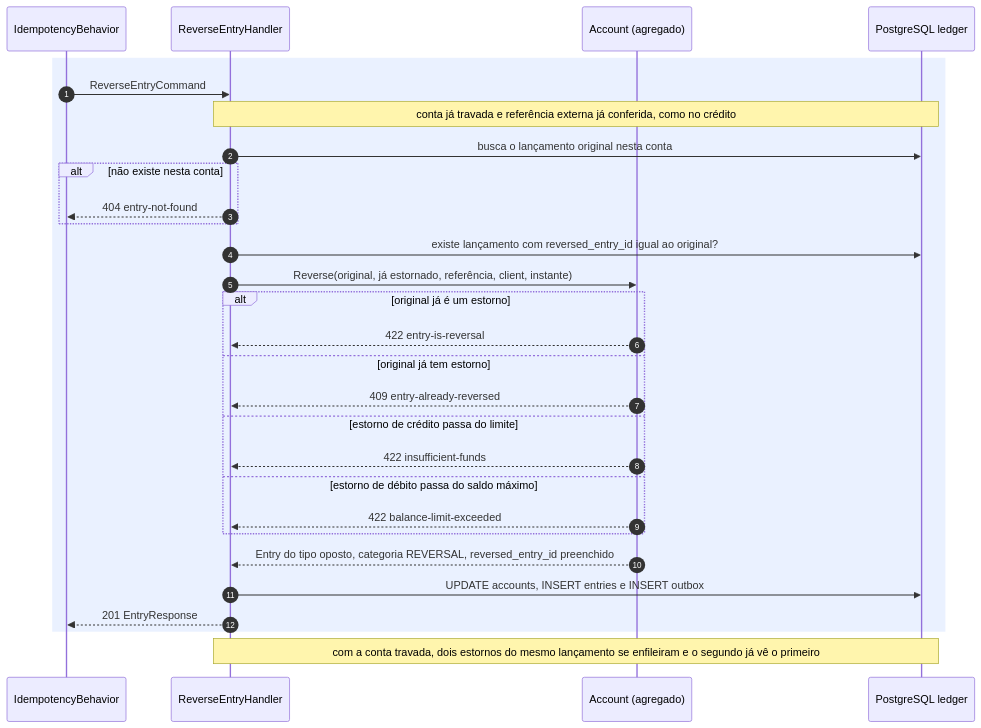
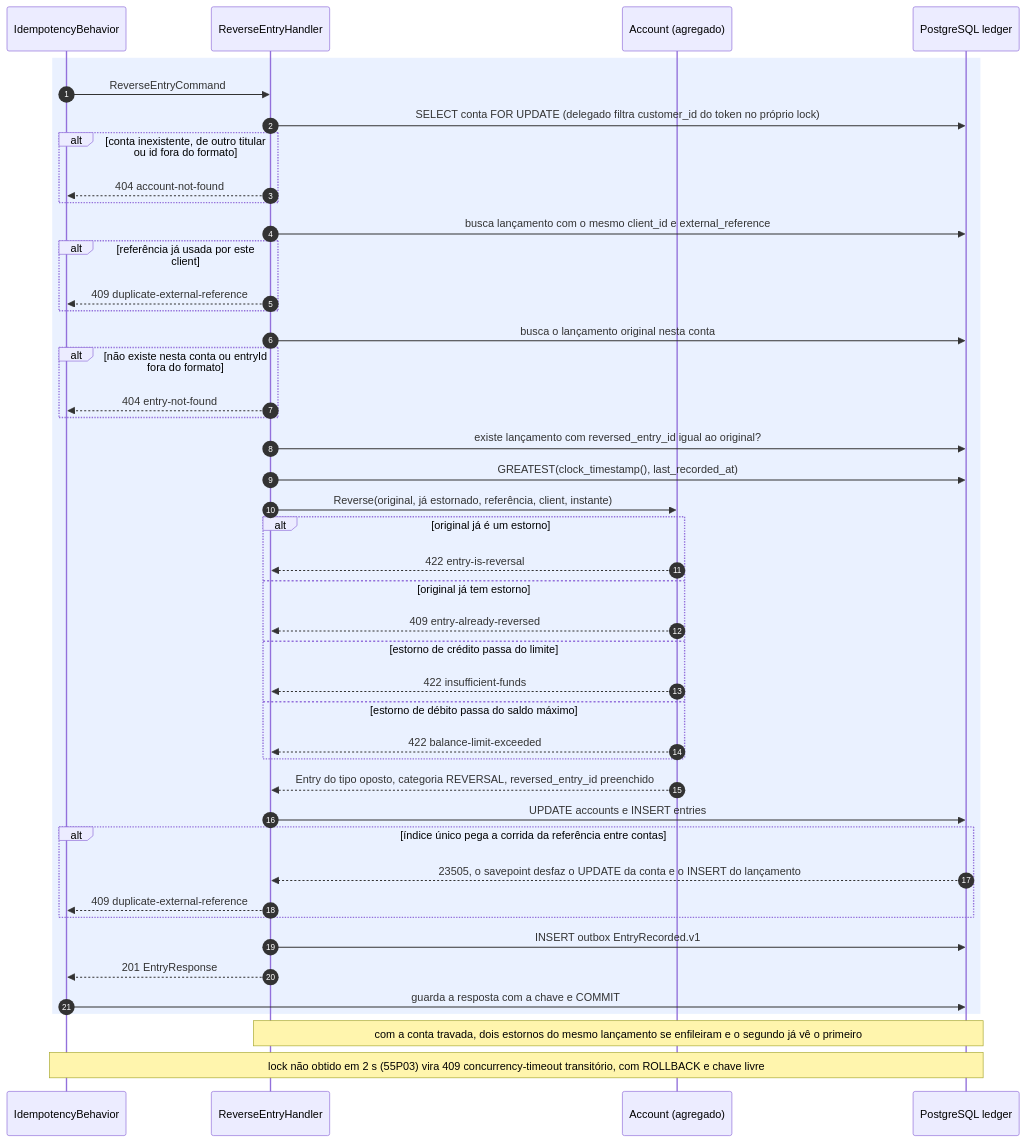
One commit to arthuurw/desafio-arquiteto-keyrus changed the second of 7 diagrams in docs/arquitetura/fluxos-ledger.md. Above: the diagram before and after it, drawn with Mermaid. The commit also changed other lines of this file and 3 other files, not shown here.

First line of the commit message:
docs(fluxos): match the flow diagrams to the code at HEAD

````diff
--- a/docs/arquitetura/fluxos-ledger.md
+++ b/docs/arquitetura/fluxos-ledger.md
@@ -67,32 +71,47 @@
 ```mermaid
 sequenceDiagram
   autonumber
   participant B as IdempotencyBehavior
   participant H as ReverseEntryHandler
   participant A as Account (agregado)
   participant DB as PostgreSQL ledger
 
   rect rgba(80, 140, 255, 0.12)
     B->>H: ReverseEntryCommand
-    Note over H,DB: conta já travada e referência externa já conferida, como no crédito
+    H->>DB: SELECT conta FOR UPDATE (delegado filtra customer_id do token no próprio lock)
+    alt conta inexistente, de outro titular ou id fora do formato
+      H-->>B: 404 account-not-found
+    end
+    H->>DB: busca lançamento com o mesmo client_id e external_reference
+    alt referência já usada por este client
+      H-->>B: 409 duplicate-external-reference
+    end
     H->>DB: busca o lançamento original nesta conta
-    alt não existe nesta conta
+    alt não existe nesta conta ou entryId fora do formato
       H-->>B: 404 entry-not-found
     end
     H->>DB: existe lançamento com reversed_entry_id igual ao original?
+    H->>DB: GREATEST(clock_timestamp(), last_recorded_at)
     H->>A: Reverse(original, já estornado, referência, client, instante)
     alt original já é um estorno
       A-->>H: 422 entry-is-reversal
     else original já tem estorno
       A-->>H: 409 entry-already-reversed
     else estorno de crédito passa do limite
       A-->>H: 422 insufficient-funds
     else estorno de débito passa do saldo máximo
       A-->>H: 422 balance-limit-exceeded
     end
     A-->>H: Entry do tipo oposto, categoria REVERSAL, reversed_entry_id preenchido
-    H->>DB: UPDATE accounts, INSERT entries e INSERT outbox
+    H->>DB: UPDATE accounts e INSERT entries
+    alt índice único pega a corrida da referência entre contas
+      DB-->>H: 23505, o savepoint desfaz o UPDATE da conta e o INSERT do lançamento
+      H-->>B: 409 duplicate-external-reference
+    end
+    H->>DB: INSERT outbox EntryRecorded.v1
     H-->>B: 201 EntryResponse
+    B->>DB: guarda a resposta com a chave e COMMIT
   end
   Note over H,DB: com a conta travada, dois estornos do mesmo lançamento se enfileiram e o segundo já vê o primeiro
+  Note over B,DB: lock não obtido em 2 s (55P03) vira 409 concurrency-timeout transitório, com ROLLBACK e chave livre
 ```
````
